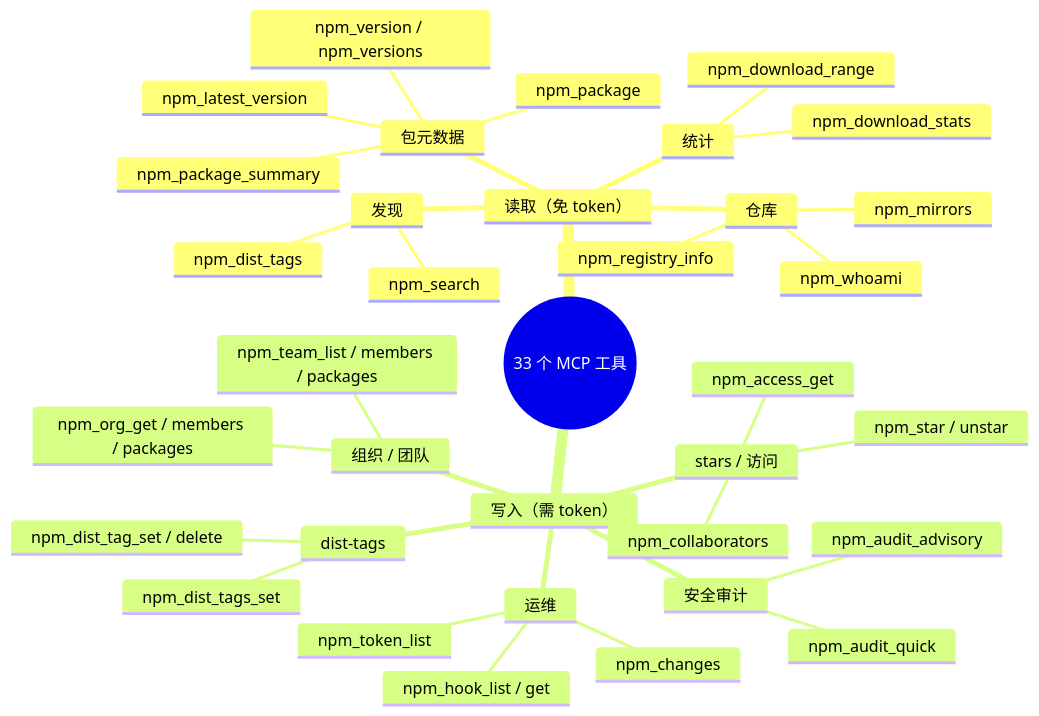
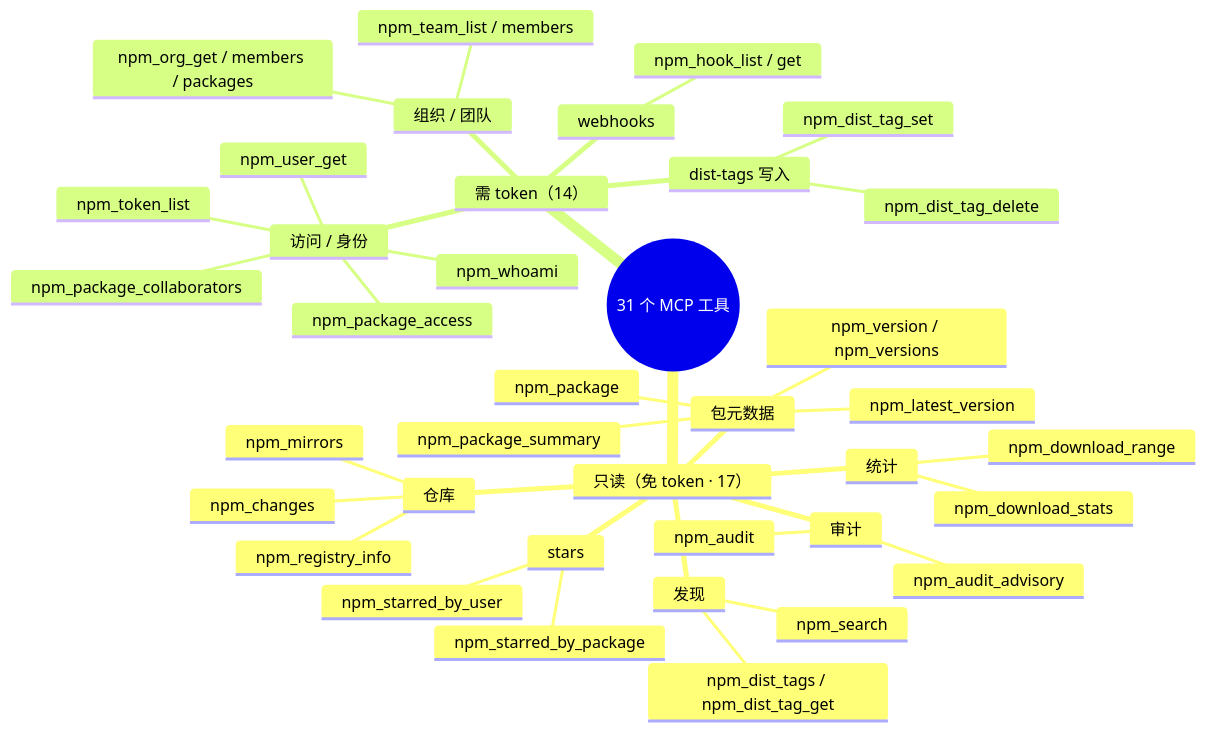
The third of 3 diagrams in website/mcp-server.md (scagogogo/npm-skills), drawn with Mermaid before and after one commit. The commit also changed other lines of this file and 6 other files, not shown here.

First line of the commit message:
docs: correct MCP tool list (33→31, real names) and method count (71→76)

````diff
--- a/website/mcp-server.md
+++ b/website/mcp-server.md
@@ -107,38 +107,41 @@
 ```mermaid
 mindmap
-  root((33 个 MCP 工具))
-    读取（免 token）
+  root((31 个 MCP 工具))
+    只读（免 token · 17）
       包元数据
         npm_package
         npm_package_summary
         npm_version / npm_versions
         npm_latest_version
       发现
         npm_search
-        npm_dist_tags
+        npm_dist_tags / npm_dist_tag_get
       统计
         npm_download_stats
         npm_download_range
+      审计
+        npm_audit
+        npm_audit_advisory
+      stars
+        npm_starred_by_package
+        npm_starred_by_user
       仓库
         npm_registry_info
         npm_mirrors
+        npm_changes
+    需 token（14）
+      dist-tags 写入
+        npm_dist_tag_set
+        npm_dist_tag_delete
+      访问 / 身份
+        npm_package_access
+        npm_package_collaborators
+        npm_user_get
         npm_whoami
-    写入（需 token）
-      dist-tags
-        npm_dist_tag_set / delete
-        npm_dist_tags_set
-      stars / 访问
-        npm_star / unstar
-        npm_access_get
-        npm_collaborators
-      安全审计
-        npm_audit_quick
-        npm_audit_advisory
+        npm_token_list
       组织 / 团队
         npm_org_get / members / packages
-        npm_team_list / members / packages
-      运维
-        npm_token_list
+        npm_team_list / members
+      webhooks
         npm_hook_list / get
-        npm_changes
 ```
````
